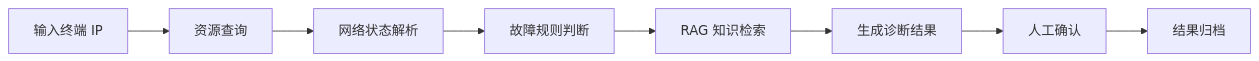
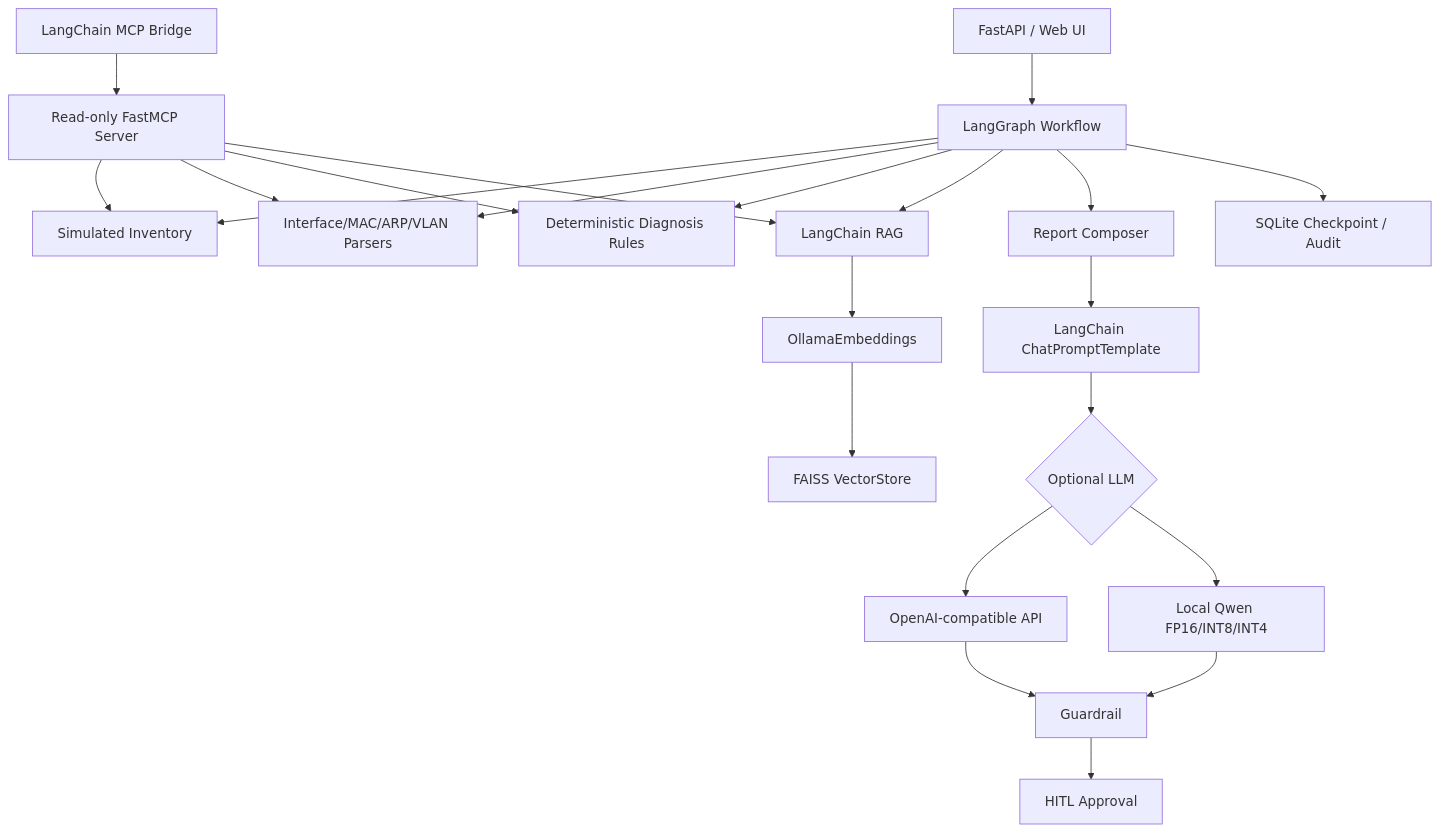
One commit to 114514assa/telecom-netops-ai-agent changed the diagram in README.md. Above: the diagram before and after it, drawn with Mermaid. The commit also changed other lines of this file and 30 other files, not shown here.

Commit message:
feat: integrate LangChain RAG and MCP bridge

````diff
--- a/README.md
+++ b/README.md
@@ -21,10 +18,24 @@
 ```mermaid
-flowchart LR
-    A[输入终端 IP] --> B[资源查询]
-    B --> C[网络状态解析]
-    C --> D[故障规则判断]
-    D --> E[RAG 知识检索]
-    E --> F[生成诊断结果]
-    F --> G[人工确认]
-    G --> H[结果归档]
+flowchart TD
+    A[FastAPI / Web UI] --> B[LangGraph Workflow]
+    B --> C[Simulated Inventory]
+    B --> D[Interface/MAC/ARP/VLAN Parsers]
+    B --> E[Deterministic Diagnosis Rules]
+    B --> F[LangChain RAG]
+    F --> F1[OllamaEmbeddings]
+    F1 --> F2[FAISS VectorStore]
+    B --> G[Report Composer]
+    G --> H[LangChain ChatPromptTemplate]
+    H --> I{Optional LLM}
+    I --> I1[OpenAI-compatible API]
+    I --> I2[Local Qwen FP16/INT8/INT4]
+    I1 --> J[Guardrail]
+    I2 --> J
+    J --> K[HITL Approval]
+    B --> L[SQLite Checkpoint / Audit]
+    M[LangChain MCP Bridge] --> N[Read-only FastMCP Server]
+    N --> C
+    N --> D
+    N --> E
+    N --> F
 ```
````
